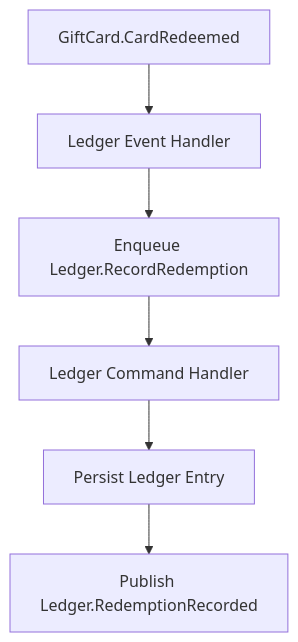
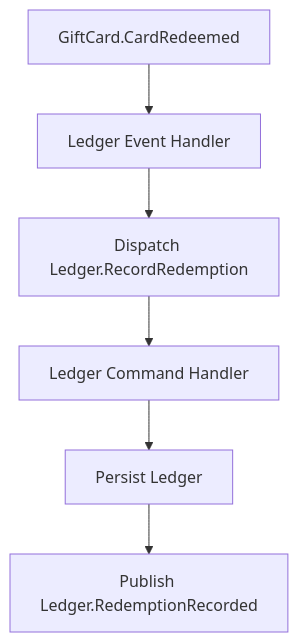
The fourth of 4 diagrams in docs/pdd/001-user-stories.md (atomly/domain), drawn with Mermaid before and after one commit. The commit also changed other lines of this file and 4 other files, not shown here.

````diff
--- a/docs/pdd/001-user-stories.md
+++ b/docs/pdd/001-user-stories.md
@@ -359,8 +359,8 @@
 ```mermaid
 flowchart TD
   Redeemed[GiftCard.CardRedeemed] --> Handler[Ledger Event Handler]
-  Handler --> Enqueue[Enqueue Ledger.RecordRedemption]
-  Enqueue --> LedgerHandler[Ledger Command Handler]
-  LedgerHandler --> Persist[Persist Ledger Entry]
+  Handler --> Dispatch[Dispatch Ledger.RecordRedemption]
+  Dispatch --> LedgerHandler[Ledger Command Handler]
+  LedgerHandler --> Persist[Persist Ledger]
   Persist --> Publish[Publish Ledger.RedemptionRecorded]
 ```
````
